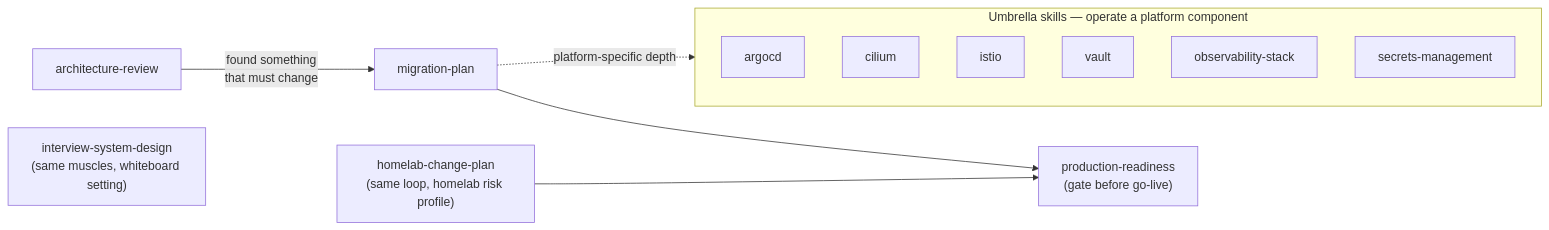
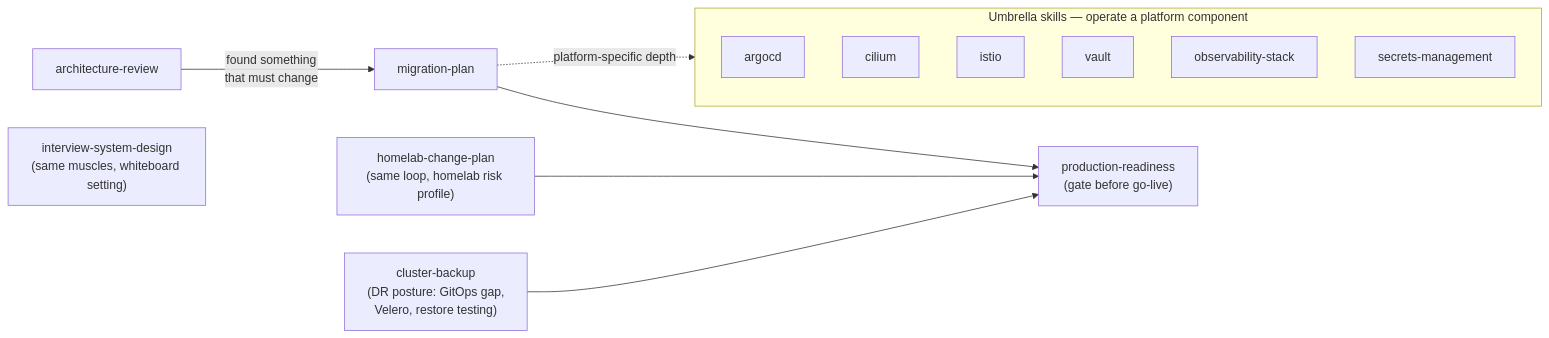
Before and after one commit to abevz/devops-skills: the third of 6 diagrams in docs/skill-map.md, drawn with Mermaid. The commit also changed other lines of this file and 6 other files, not shown here.

Commit message:
feat: add cluster-backup skill (GitOps gap inventory, Velero/etcd, restore testing; S18)

````diff
--- a/docs/skill-map.md
+++ b/docs/skill-map.md
@@ -66,16 +66,17 @@
 ```mermaid
 flowchart LR
     AR["architecture-review"] -->|"found something<br/>that must change"| MP["migration-plan"]
     MP --> PR["production-readiness<br/>(gate before go-live)"]
     HCP["homelab-change-plan<br/>(same loop, homelab risk profile)"] --> PR
     subgraph UMB["Umbrella skills — operate a platform component"]
         ARGO["argocd"]
         CIL["cilium"]
         IST["istio"]
         VLT["vault"]
         OBS["observability-stack"]
         SM["secrets-management"]
     end
     MP -.->|"platform-specific depth"| UMB
+    CB["cluster-backup<br/>(DR posture: GitOps gap,<br/>Velero, restore testing)"] --> PR
     ISD["interview-system-design<br/>(same muscles, whiteboard setting)"]
 ```
````
